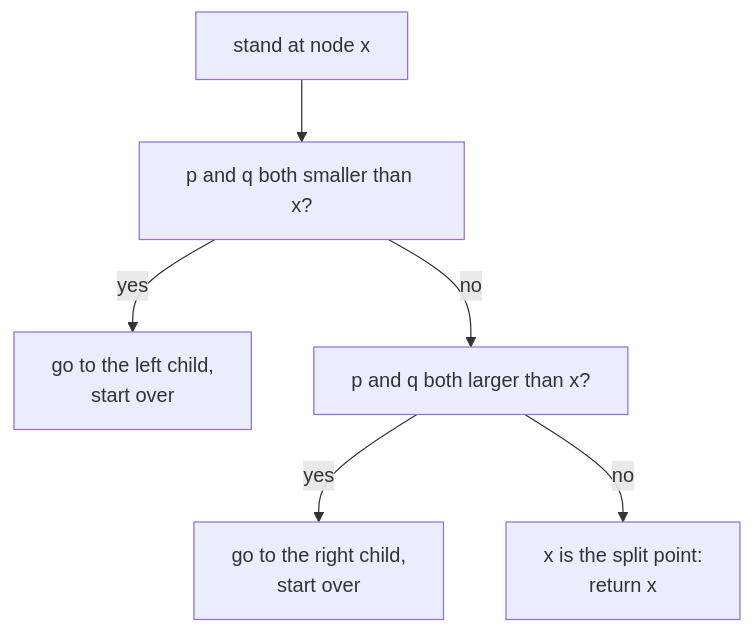
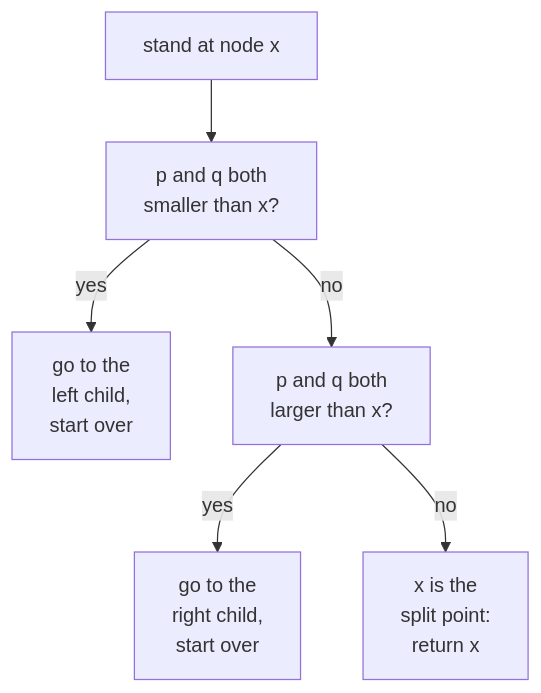
One commit to duongbui234/software-engineering-atlas changed the second of 2 diagrams in content/en/problems/lowest-common-ancestor-of-a-binary-search-tree.md. Above: the diagram before and after it, drawn with Mermaid. The commit also changed 134 other files, not shown here.

First line of the commit message:
Fit every Mermaid diagram at 390px without sideways scroll (#56)

````diff
--- a/content/en/problems/lowest-common-ancestor-of-a-binary-search-tree.md
+++ b/content/en/problems/lowest-common-ancestor-of-a-binary-search-tree.md
@@ -112,8 +112,8 @@
 ```mermaid
 flowchart TB
-  A["stand at node x"] --> B["p and q both smaller than x?"]
-  B -->|yes| L["go to the left child,<br/>start over"]
-  B -->|no| C["p and q both larger than x?"]
-  C -->|yes| R["go to the right child,<br/>start over"]
-  C -->|no| S["x is the split point:<br/>return x"]
+  A["stand at node x"] --> B["p and q both<br/>smaller than x?"]
+  B -->|yes| L["go to the<br/>left child,<br/>start over"]
+  B -->|no| C["p and q both<br/>larger than x?"]
+  C -->|yes| R["go to the<br/>right child,<br/>start over"]
+  C -->|no| S["x is the<br/>split point:<br/>return x"]
 ```
````
